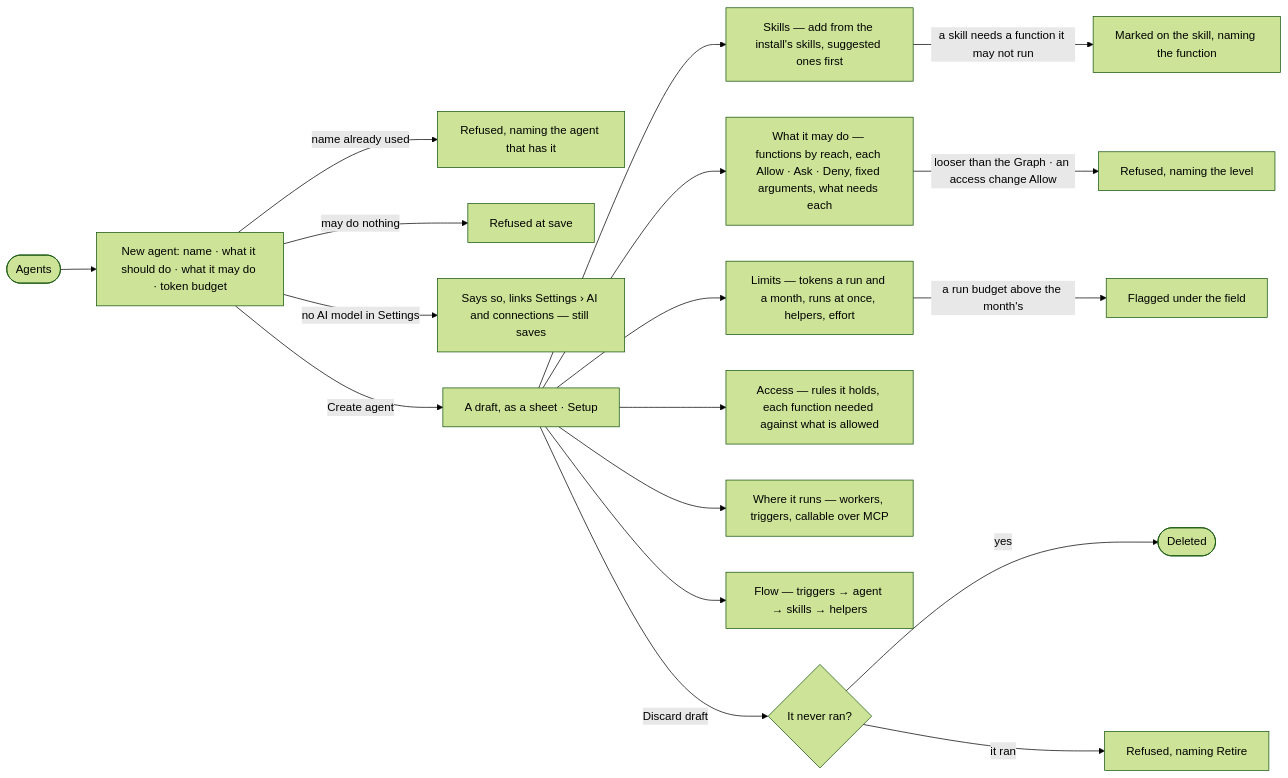
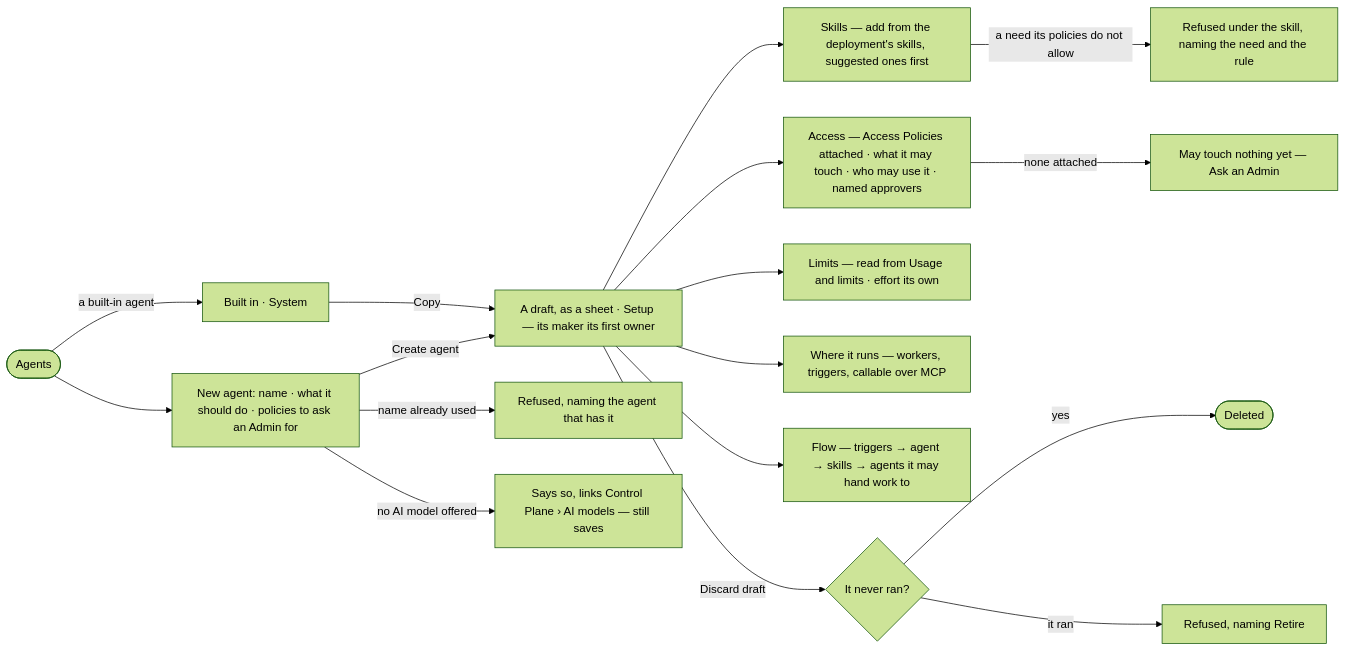
One commit to invana/invana changed the diagram in specs/capabilities/agents/features/AG-F01-build-an-agent/stories/AG-21-draft-an-agent-and-see-what-it-will-do/story.md. Above: the diagram before and after it, drawn with Mermaid (forest theme). The commit also changed other lines of this file and 522 other files, not shown here.

First line of the commit message:
feat(specs): specs-planes — Access, Control, Agents, Evidence and Ontology planes

````diff
--- a/specs/capabilities/agents/features/AG-F01-build-an-agent/stories/AG-21-draft-an-agent-and-see-what-it-will-do/story.md
+++ b/specs/capabilities/agents/features/AG-F01-build-an-agent/stories/AG-21-draft-an-agent-and-see-what-it-will-do/story.md
@@ -27,20 +28,18 @@
 ```mermaid
 flowchart LR
-  a([Agents]) --> n["New agent: name · what it should do · what it may do · token budget"]
+  a([Agents]) --> n["New agent: name · what it should do · policies to ask an Admin for"]
+  a -->|a built-in agent| bi["Built in · System"] -->|Copy| d
   n -->|name already used| x1["Refused, naming the agent that has it"]
-  n -->|may do nothing| x2["Refused at save"]
-  n -->|no AI model in Settings| x3["Says so, links Settings › AI and connections — still saves"]
-  n -->|Create agent| d["A draft, as a sheet · Setup"]
-  d --> sk["Skills — add from the install's skills, suggested ones first"]
-  sk -->|a skill needs a function it may not run| m["Marked on the skill, naming the function"]
-  d --> wm["What it may do — functions by reach, each Allow · Ask · Deny, fixed arguments, what needs each"]
-  wm -->|looser than the Graph · an access change Allow| wx["Refused, naming the level"]
-  d --> lim["Limits — tokens a run and a month, runs at once, helpers, effort"]
-  lim -->|a run budget above the month's| lw["Flagged under the field"]
-  d --> acc["Access — rules it holds, each function needed against what is allowed"]
+  n -->|no AI model offered| x3["Says so, links Control Plane › AI models — still saves"]
+  n -->|Create agent| d["A draft, as a sheet · Setup — its maker its first owner"]
+  d --> sk["Skills — add from the deployment's skills, suggested ones first"]
+  sk -->|a need its policies do not allow| m["Refused under the skill, naming the need and the rule"]
+  d --> acc["Access — Access Policies attached · what it may touch · who may use it · named approvers"]
+  acc -->|none attached| na["May touch nothing yet — Ask an Admin"]
+  d --> lim["Limits — read from Usage and limits · effort its own"]
   d --> dep["Where it runs — workers, triggers, callable over MCP"]
-  d --> fl["Flow — triggers → agent → skills → helpers"]
+  d --> fl["Flow — triggers → agent → skills → agents it may hand work to"]
   d -->|Discard draft| dd{It never ran?}
   dd -->|yes| gone([Deleted])
   dd -->|it ran| ddx["Refused, naming Retire"]
 ```
````
